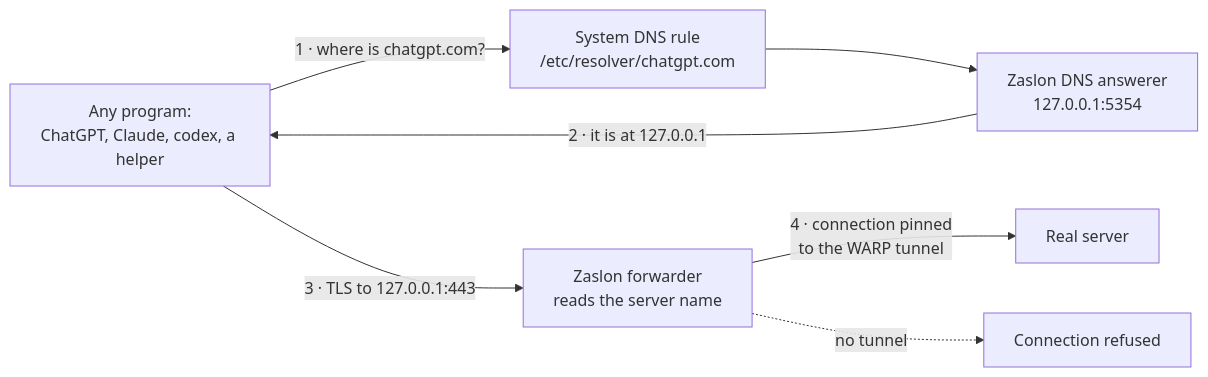
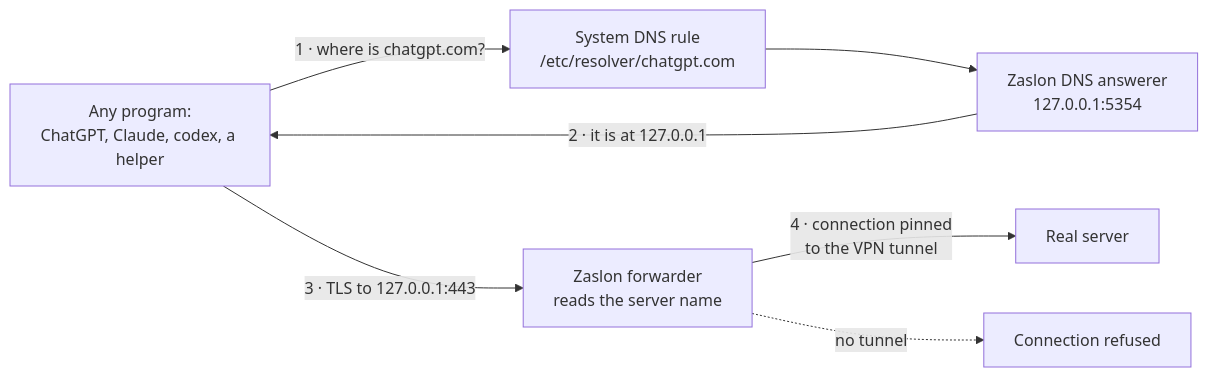
Before and after one commit to eruma1ra/zaslon: the diagram in README.md, drawn with Mermaid. The commit also changed other lines of this file and 8 other files, not shown here.

First line of the commit message:
Happ beside WARP: a choice of which VPN to watch; version 1.3.0

````diff
--- a/README.md
+++ b/README.md
@@ -47,9 +47,9 @@
 ```mermaid
 flowchart LR
     P["Any program:<br>ChatGPT, Claude, codex, a helper"] -- "1 · where is chatgpt.com?" --> R["System DNS rule<br>/etc/resolver/chatgpt.com"]
     R --> D["Zaslon DNS answerer<br>127.0.0.1:5354"]
     D -- "2 · it is at 127.0.0.1" --> P
     P -- "3 · TLS to 127.0.0.1:443" --> F["Zaslon forwarder<br>reads the server name"]
-    F -- "4 · connection pinned<br>to the WARP tunnel" --> S["Real server"]
+    F -- "4 · connection pinned<br>to the VPN tunnel" --> S["Real server"]
     F -. "no tunnel" .-> X["Connection refused"]
 ```
````
